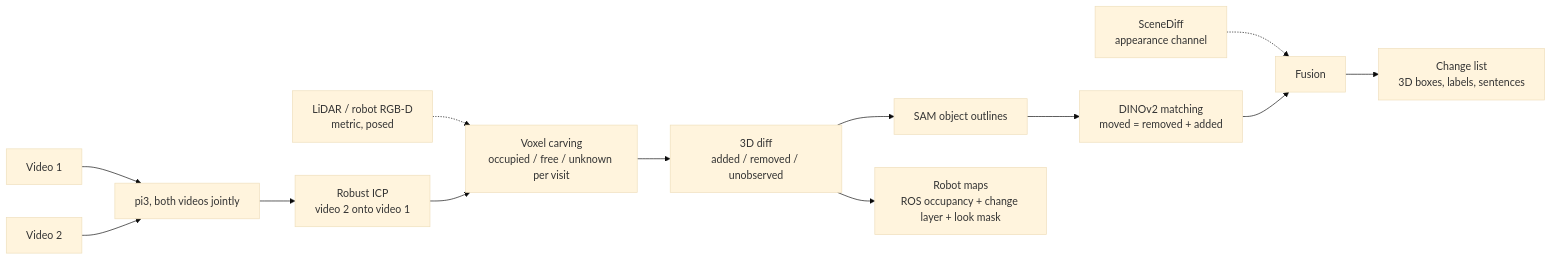
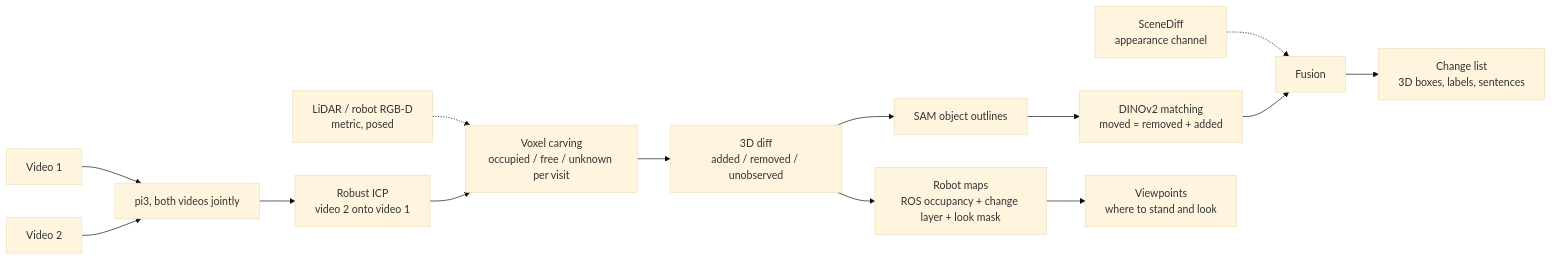
One commit to termvato/Humanoid-Spatial-Challenge changed the diagram in docs/index.md. Above: the diagram before and after it, drawn with Mermaid (base theme). The commit also changed other lines of this file and 5 other files, not shown here.

````diff
--- a/docs/index.md
+++ b/docs/index.md
@@ -21,13 +22,13 @@
 ```mermaid
 flowchart LR
     V1[Video 1] --> R[pi3, both videos jointly]
     V2[Video 2] --> R
     LID[LiDAR / robot RGB-D<br/>metric, posed] -.-> C
     R --> ICP[Robust ICP<br/>video 2 onto video 1] --> C[Voxel carving<br/>occupied / free / unknown per visit]
     C --> D[3D diff<br/>added / removed / unobserved]
     D --> SAM[SAM object outlines] --> M[DINOv2 matching<br/>moved = removed + added]
     SD[SceneDiff<br/>appearance channel] -.-> F[Fusion]
     M --> F
-    D --> G[Robot maps<br/>ROS occupancy + change layer + look mask]
+    D --> G[Robot maps<br/>ROS occupancy + change layer + look mask] --> VP[Viewpoints<br/>where to stand and look]
     F --> OUT[Change list<br/>3D boxes, labels, sentences]
 ```
````
